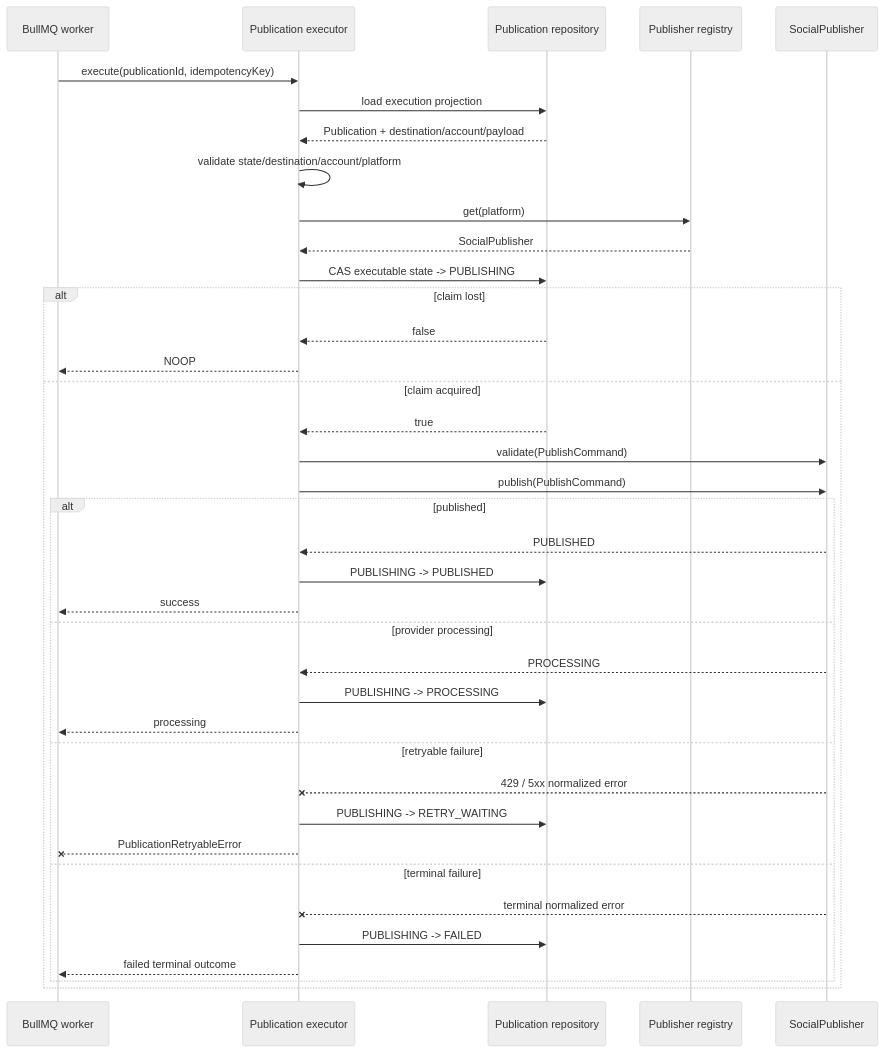
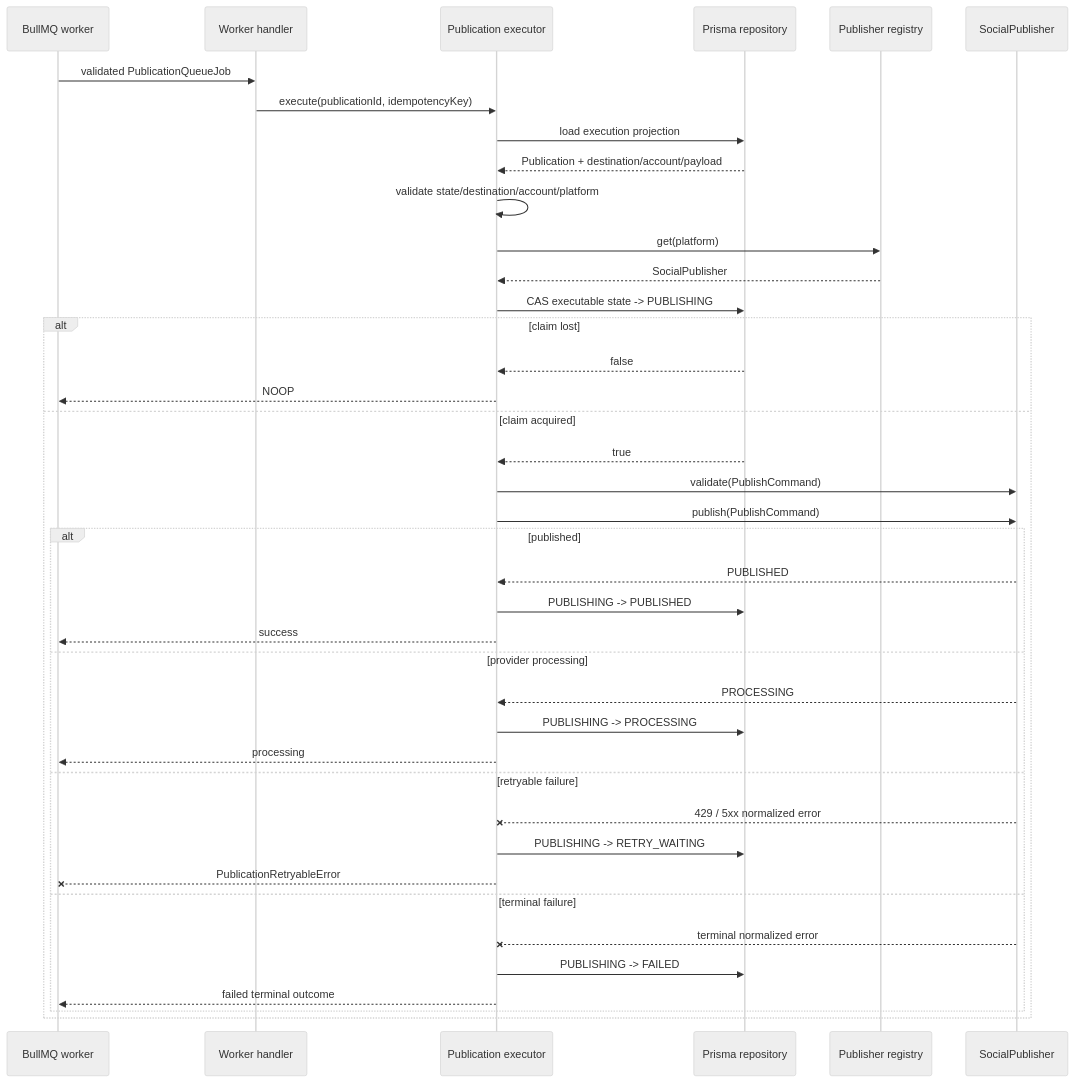
The diagram in docs/architecture/publication-execution.md (vitoo16/recruitops-platform), drawn with Mermaid (neutral theme) before and after one commit. The commit also changed other lines of this file, not shown here.

Commit message:
docs: document Prisma publication execution runtime

````diff
--- a/docs/architecture/publication-execution.md
+++ b/docs/architecture/publication-execution.md
@@ -51,41 +78,43 @@
 ```mermaid
 sequenceDiagram
     participant Queue as BullMQ worker
+    participant Handler as Worker handler
     participant Executor as Publication executor
-    participant DB as Publication repository
+    participant DB as Prisma repository
     participant Registry as Publisher registry
     participant Provider as SocialPublisher
 
-    Queue->>Executor: execute(publicationId, idempotencyKey)
+    Queue->>Handler: validated PublicationQueueJob
+    Handler->>Executor: execute(publicationId, idempotencyKey)
     Executor->>DB: load execution projection
     DB-->>Executor: Publication + destination/account/payload
     Executor->>Executor: validate state/destination/account/platform
     Executor->>Registry: get(platform)
     Registry-->>Executor: SocialPublisher
     Executor->>DB: CAS executable state -> PUBLISHING
     alt claim lost
         DB-->>Executor: false
         Executor-->>Queue: NOOP
     else claim acquired
         DB-->>Executor: true
         Executor->>Provider: validate(PublishCommand)
         Executor->>Provider: publish(PublishCommand)
         alt published
             Provider-->>Executor: PUBLISHED
             Executor->>DB: PUBLISHING -> PUBLISHED
             Executor-->>Queue: success
         else provider processing
             Provider-->>Executor: PROCESSING
             Executor->>DB: PUBLISHING -> PROCESSING
             Executor-->>Queue: processing
         else retryable failure
             Provider--xExecutor: 429 / 5xx normalized error
             Executor->>DB: PUBLISHING -> RETRY_WAITING
             Executor--xQueue: PublicationRetryableError
         else terminal failure
             Provider--xExecutor: terminal normalized error
             Executor->>DB: PUBLISHING -> FAILED
             Executor-->>Queue: failed terminal outcome
         end
     end
 ```
````
